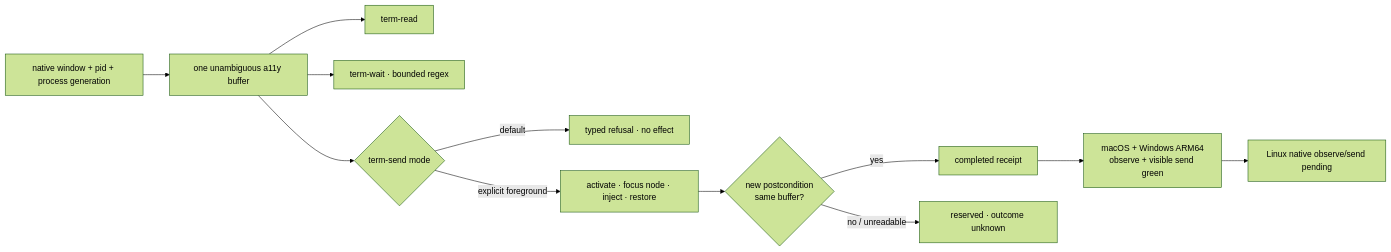
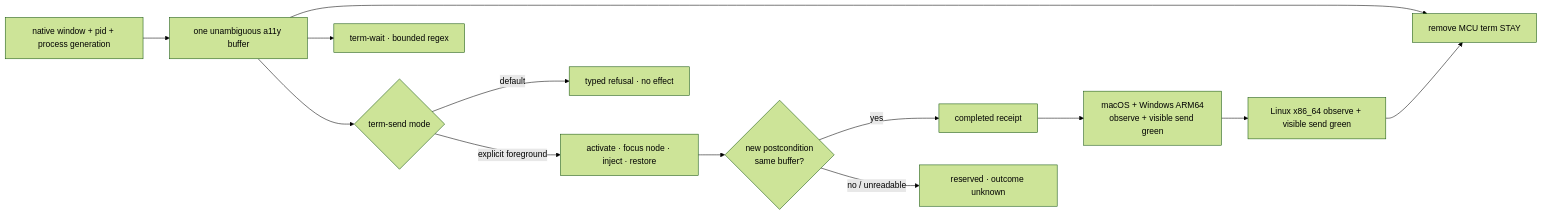
One commit to partnernetsoftware/agenterm changed diagram 12 of 12 in prd/PRD_02_28_agenterm_cu.md. Above: the diagram before and after it, drawn with Mermaid (forest theme). The commit also changed other lines of this file and 3 other files, not shown here.

````diff
--- a/prd/PRD_02_28_agenterm_cu.md
+++ b/prd/PRD_02_28_agenterm_cu.md
@@ -1560,14 +1561,15 @@
   ```mermaid
   flowchart LR
     W["native window + pid + process generation"] --> B["one unambiguous a11y buffer"]
     B --> R["term-read"]
     B --> T["term-wait · bounded regex"]
     B --> S{"term-send mode"}
     S -->|default| X["typed refusal · no effect"]
     S -->|explicit foreground| F["activate · focus node · inject · restore"]
     F --> V{"new postcondition<br/>same buffer?"}
     V -->|yes| C["completed receipt"]
     V -->|no / unreadable| U["reserved · outcome unknown"]
     C --> MW["macOS + Windows ARM64<br/>observe + visible send green"]
-    MW --> P["Linux native observe/send pending"]
+    MW --> L["Linux x86_64 observe + visible send green"]
+    L --> R["remove MCU term STAY"]
   ```
````
